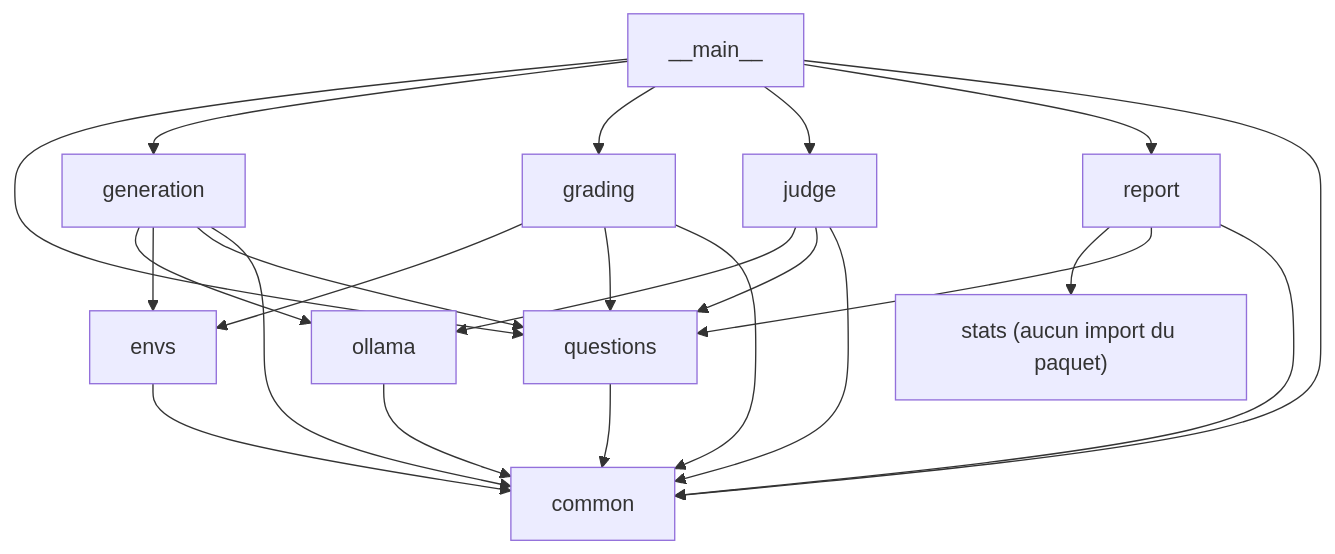
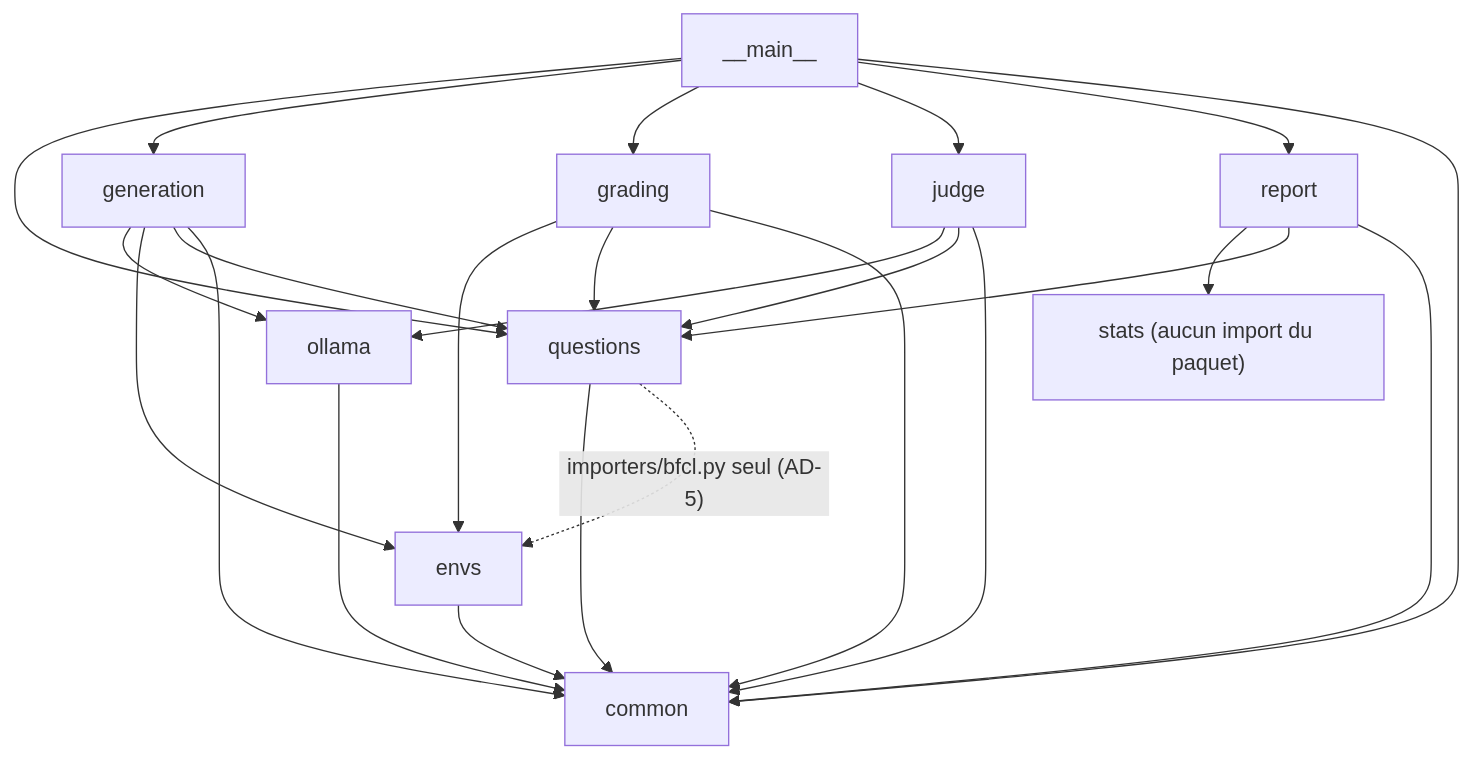
One commit to Aliquanto3/wavelocalai changed the second of 3 diagrams in _bmad-output/planning-artifacts/architecture/architecture-wavelocalai-2026-10-10/ARCHITECTURE-SPINE.md. Above: the diagram before and after it, drawn with Mermaid. The commit also changed other lines of this file and 6 other files, not shown here.

````diff
--- a/_bmad-output/planning-artifacts/architecture/architecture-wavelocalai-2026-10-10/ARCHITECTURE-SPINE.md
+++ b/_bmad-output/planning-artifacts/architecture/architecture-wavelocalai-2026-10-10/ARCHITECTURE-SPINE.md
@@ -61,12 +61,13 @@
 ```mermaid
 flowchart TD
   main["__main__"] --> questions & generation & grading & judge & report & common
   generation --> ollama & envs & questions & common
   grading --> envs & questions & common
   judge --> ollama & questions & common
   report --> stats & questions & common
   questions --> common
+  questions -.->|"importers/bfcl.py seul (AD-5)"| envs
   ollama --> common
   envs --> common
   stats["stats (aucun import du paquet)"]
 ```
````
